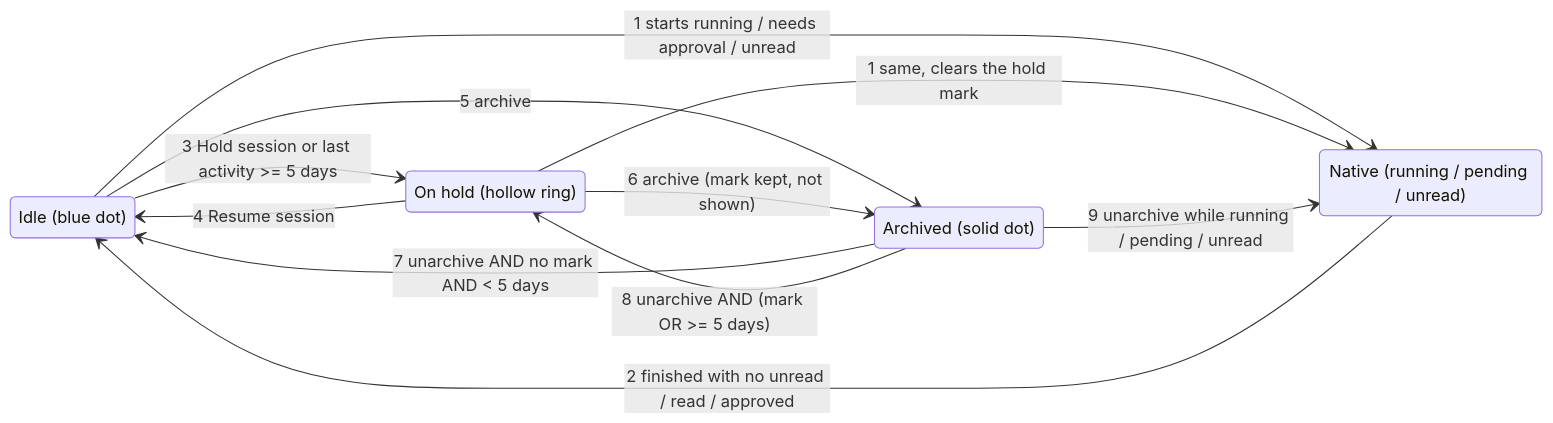
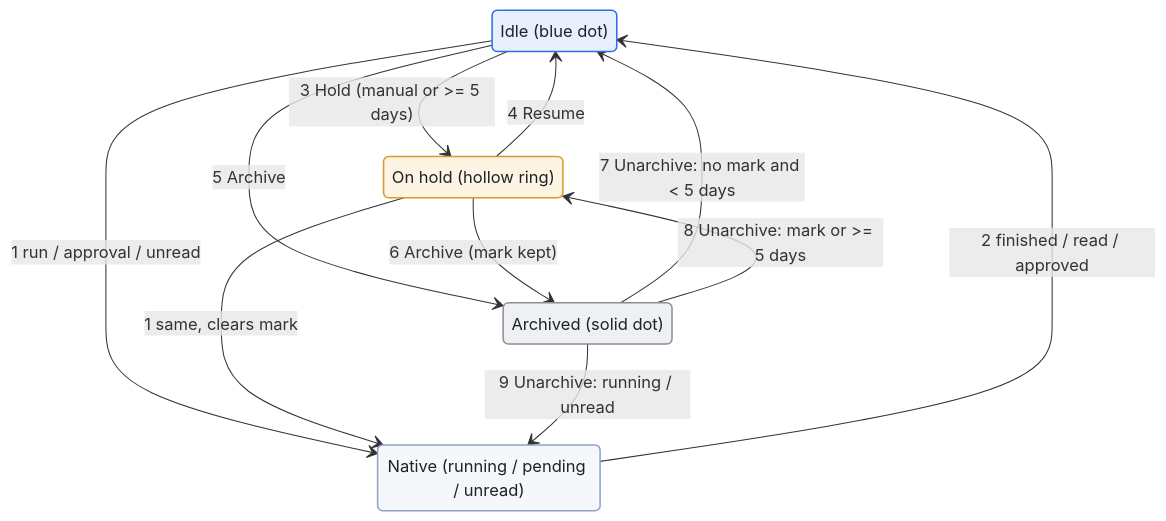
Before and after one commit to SpokAtom/dsh-status-lamp: the second of 2 diagrams in docs/STATE-MACHINE.md, drawn with Mermaid. The commit also changed other lines of this file, not shown here.

Commit message:
docs: color-coded mermaid state machine (classDef) + tighter labels

````diff
--- a/docs/STATE-MACHINE.md
+++ b/docs/STATE-MACHINE.md
@@ -50,20 +62,30 @@
 ```mermaid
 stateDiagram-v2
-    direction LR
+    direction TB
+
+    classDef idle fill:#e8f0fe,stroke:#2f6feb,stroke-width:1.5px,color:#1f2328
+    classDef hold fill:#fdf4e3,stroke:#d99a2b,stroke-width:1.5px,color:#1f2328
+    classDef archive fill:#eef0f3,stroke:#8b8f98,stroke-width:1.5px,color:#1f2328
+    classDef native fill:#f5f7fb,stroke:#8fa3c8,stroke-width:1.5px,color:#1f2328
 
     state "Idle (blue dot)" as Idle
     state "Native (running / pending / unread)" as Native
     state "On hold (hollow ring)" as OnHold
     state "Archived (solid dot)" as Archived
 
-    Idle --> Native: 1 starts running / needs approval / unread
-    OnHold --> Native: 1 same, clears the hold mark
-    Native --> Idle: 2 finished with no unread / read / approved
-    Idle --> OnHold: 3 Hold session or last activity >= 5 days
-    OnHold --> Idle: 4 Resume session
-    Idle --> Archived: 5 archive
-    OnHold --> Archived: 6 archive (mark kept, not shown)
-    Archived --> Idle: 7 unarchive AND no mark AND < 5 days
-    Archived --> OnHold: 8 unarchive AND (mark OR >= 5 days)
-    Archived --> Native: 9 unarchive while running / pending / unread
+    class Idle idle
+    class OnHold hold
+    class Archived archive
+    class Native native
+
+    Idle --> Native: 1 run / approval / unread
+    OnHold --> Native: 1 same, clears mark
+    Native --> Idle: 2 finished / read / approved
+    Idle --> OnHold: 3 Hold (manual or >= 5 days)
+    OnHold --> Idle: 4 Resume
+    Idle --> Archived: 5 Archive
+    OnHold --> Archived: 6 Archive (mark kept)
+    Archived --> Idle: 7 Unarchive: no mark and < 5 days
+    Archived --> OnHold: 8 Unarchive: mark or >= 5 days
+    Archived --> Native: 9 Unarchive: running / unread
 ```
````
